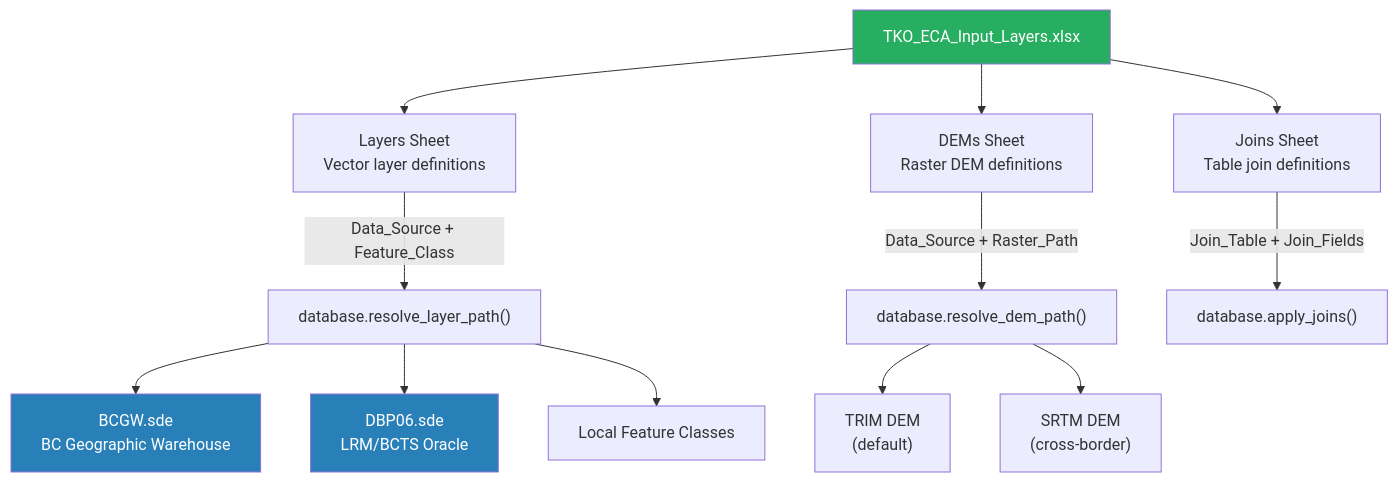
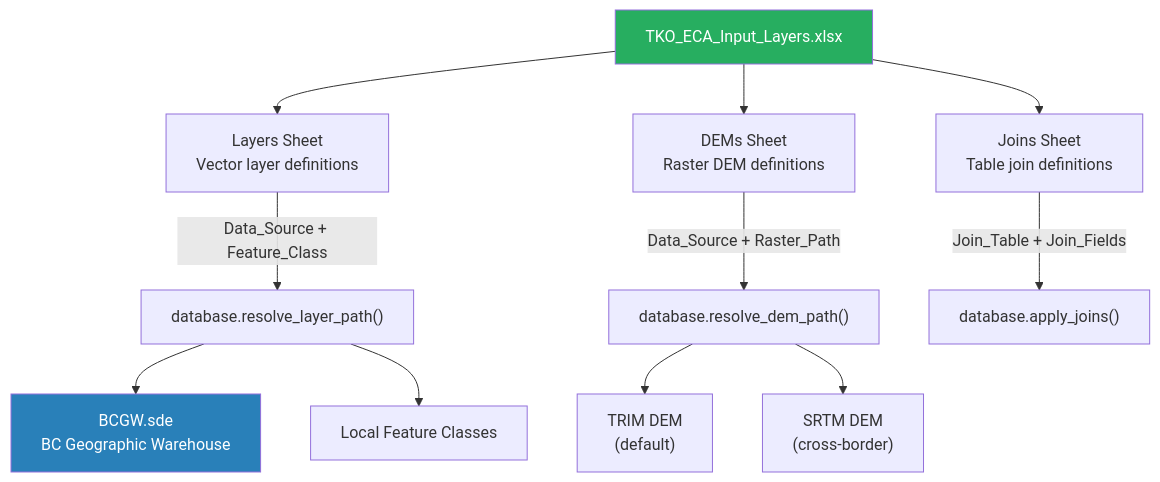
The third of 14 diagrams in README.md (arkenmap-com/ECA), drawn with Mermaid before and after one commit. The commit also changed other lines of this file and 71 other files, not shown here.

````diff
--- a/README.md
+++ b/README.md
@@ -139,21 +150,19 @@
 ```mermaid
 flowchart TD
     XLSX["TKO_ECA_Input_Layers.xlsx"] --> LAYERS["Layers Sheet<br/>Vector layer definitions"]
     XLSX --> DEMS["DEMs Sheet<br/>Raster DEM definitions"]
     XLSX --> JOINS["Joins Sheet<br/>Table join definitions"]
 
     LAYERS --> |"Data_Source + Feature_Class"| RESOLVE["database.resolve_layer_path()"]
     DEMS --> |"Data_Source + Raster_Path"| RESOLVE_DEM["database.resolve_dem_path()"]
     JOINS --> |"Join_Table + Join_Fields"| APPLY["database.apply_joins()"]
 
     RESOLVE --> BCGW["BCGW.sde<br/>BC Geographic Warehouse"]
-    RESOLVE --> DBP06["DBP06.sde<br/>LRM/BCTS Oracle"]
     RESOLVE --> LOCAL["Local Feature Classes"]
 
     RESOLVE_DEM --> TRIM["TRIM DEM<br/>(default)"]
     RESOLVE_DEM --> SRTM["SRTM DEM<br/>(cross-border)"]
 
     style XLSX fill:#27ae60,color:#fff
     style BCGW fill:#2980b9,color:#fff
-    style DBP06 fill:#2980b9,color:#fff
 ```
````
